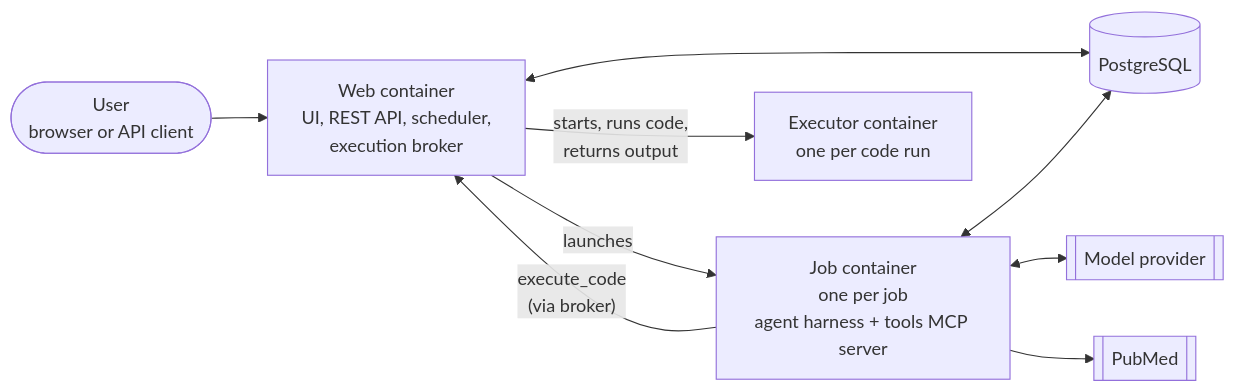
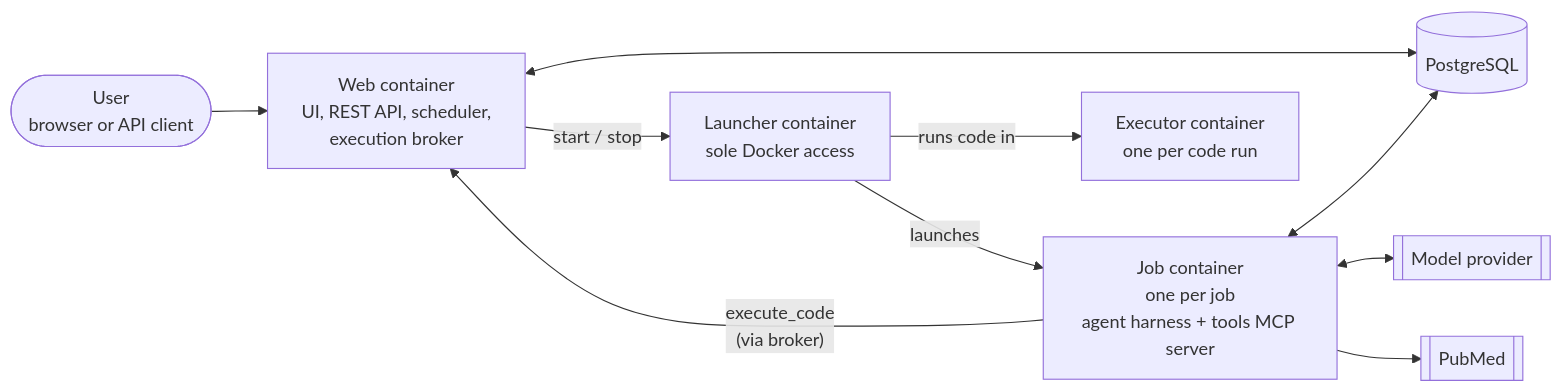
Before and after one commit to openscientist-io/openscientist-docs: the diagram in docs/architecture.md, drawn with Mermaid. The commit also changed other lines of this file and 1 other file, not shown here.

Commit message:
Add the container launcher and non-root setup to the deployment and architecture pages
Ported from the main repo's docs/DEPLOYMENT.md ahead of its removal: the
launcher as sole Docker holder, ./jobs group ownership for the non-root web,
the secret-key check and OPENSCIENTIST_BIND_ADDRESS.

````diff
--- a/docs/architecture.md
+++ b/docs/architecture.md
@@ -23,20 +23,22 @@
 ```mermaid
 flowchart LR
     user(["User<br/>browser or API client"]) --> web
 
     web["Web container<br/>UI, REST API, scheduler,<br/>execution broker"]
+    launcher["Launcher container<br/>sole Docker access"]
     db[("PostgreSQL")]
     job["Job container<br/>one per job<br/>agent harness + tools MCP server"]
     exec["Executor container<br/>one per code run"]
 
     llm[["Model provider"]]
     pubmed[["PubMed"]]
 
     web <--> db
-    web -- launches --> job
+    web -- "start / stop" --> launcher
+    launcher -- launches --> job
+    launcher -- "runs code in" --> exec
     job <--> db
     job -- "execute_code<br/>(via broker)" --> web
-    web -- "starts, runs code,<br/>returns output" --> exec
     job <--> llm
     job --> pubmed
 ```
````
